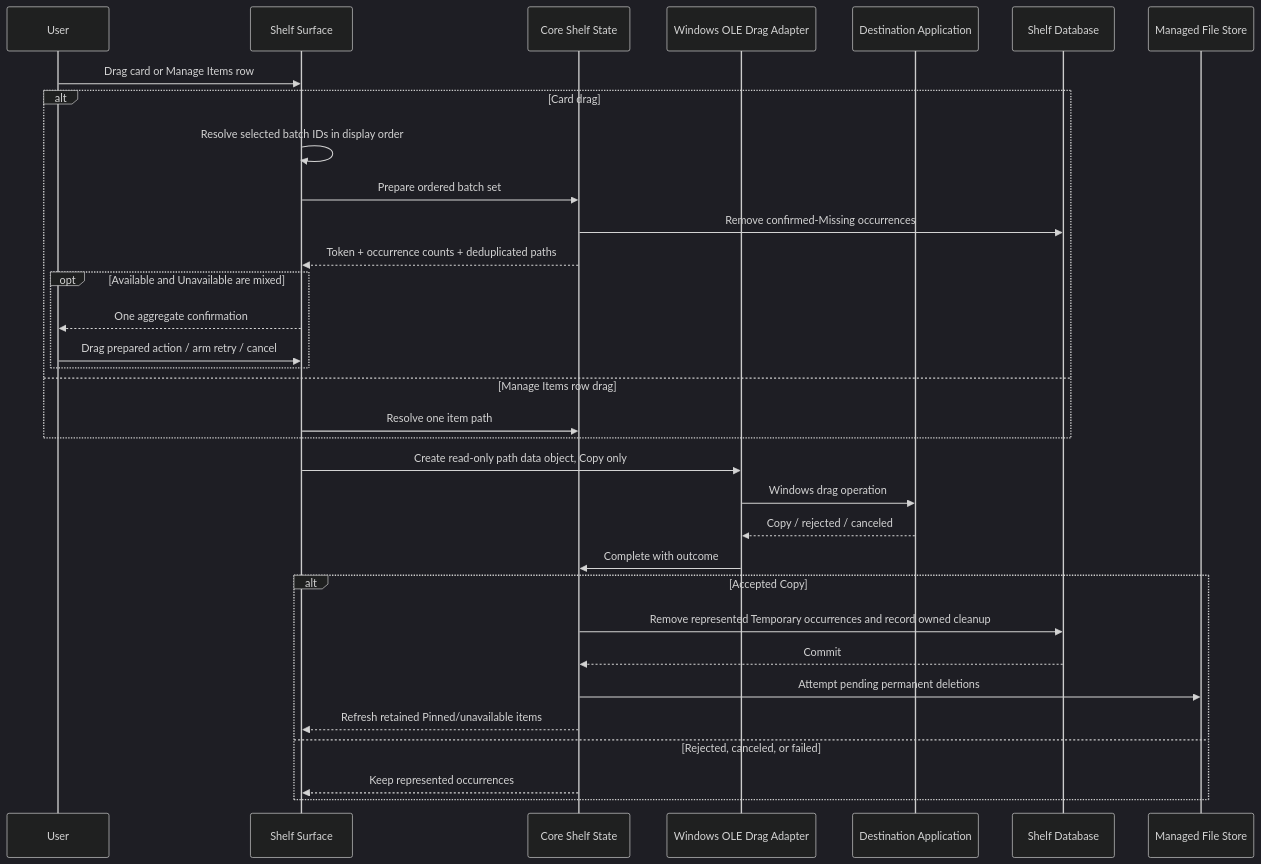
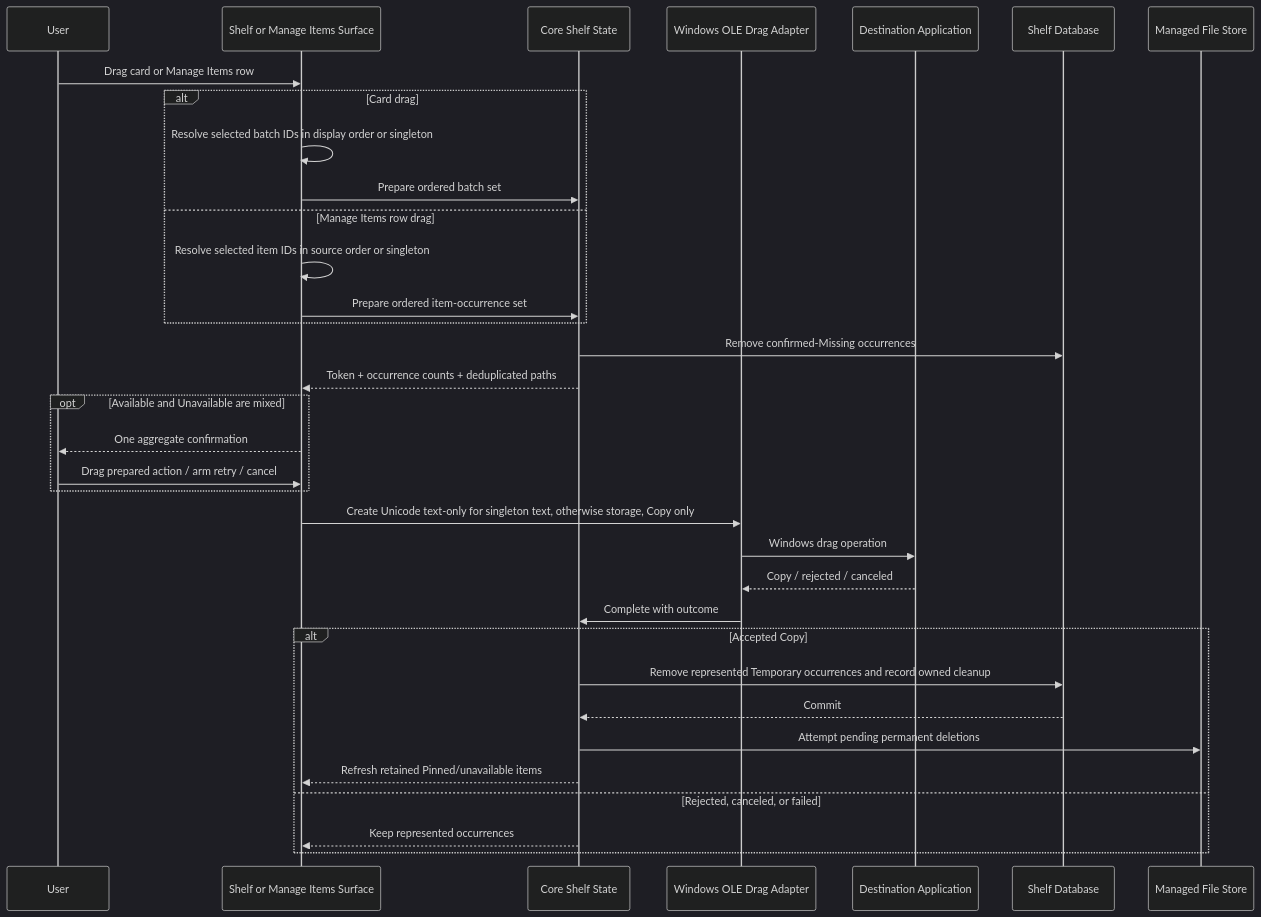
The eighth of 9 diagrams in docs/ARCHITECTURE.md (HungNth/DropCove), drawn with Mermaid (dark theme) before and after one commit. The commit also changed other lines of this file and 33 other files, not shown here.

Commit message:
feat(manage-items): add item selection and drag-out for 0.0.26

````diff
--- a/docs/ARCHITECTURE.md
+++ b/docs/ARCHITECTURE.md
@@ -341,36 +342,37 @@
 ```mermaid
 sequenceDiagram
     participant User
-    participant Surface as Shelf Surface
+    participant Surface as Shelf or Manage Items Surface
     participant State as Core Shelf State
     participant Adapter as Windows OLE Drag Adapter
     participant Target as Destination Application
     participant DB as Shelf Database
     participant Files as Managed File Store
 
     User->>Surface: Drag card or Manage Items row
     alt Card drag
-        Surface->>Surface: Resolve selected batch IDs in display order
+        Surface->>Surface: Resolve selected batch IDs in display order or singleton
         Surface->>State: Prepare ordered batch set
-        State->>DB: Remove confirmed-Missing occurrences
-        State-->>Surface: Token + occurrence counts + deduplicated paths
-        opt Available and Unavailable are mixed
-            Surface-->>User: One aggregate confirmation
-            User->>Surface: Drag prepared action / arm retry / cancel
-        end
     else Manage Items row drag
-        Surface->>State: Resolve one item path
+        Surface->>Surface: Resolve selected item IDs in source order or singleton
+        Surface->>State: Prepare ordered item-occurrence set
     end
-    Surface->>Adapter: Create read-only path data object, Copy only
+    State->>DB: Remove confirmed-Missing occurrences
+    State-->>Surface: Token + occurrence counts + deduplicated paths
+    opt Available and Unavailable are mixed
+        Surface-->>User: One aggregate confirmation
+        User->>Surface: Drag prepared action / arm retry / cancel
+    end
+    Surface->>Adapter: Create Unicode text-only for singleton text, otherwise storage, Copy only
     Adapter->>Target: Windows drag operation
     Target-->>Adapter: Copy / rejected / canceled
     Adapter->>State: Complete with outcome
     alt Accepted Copy
         State->>DB: Remove represented Temporary occurrences and record owned cleanup
         DB-->>State: Commit
         State->>Files: Attempt pending permanent deletions
         State-->>Surface: Refresh retained Pinned/unavailable items
     else Rejected, canceled, or failed
         State-->>Surface: Keep represented occurrences
     end
 ```
````
